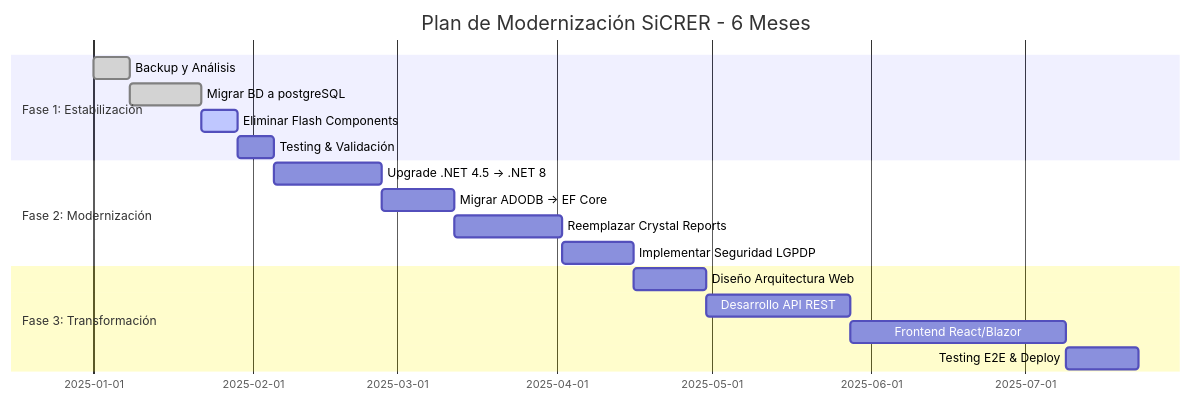
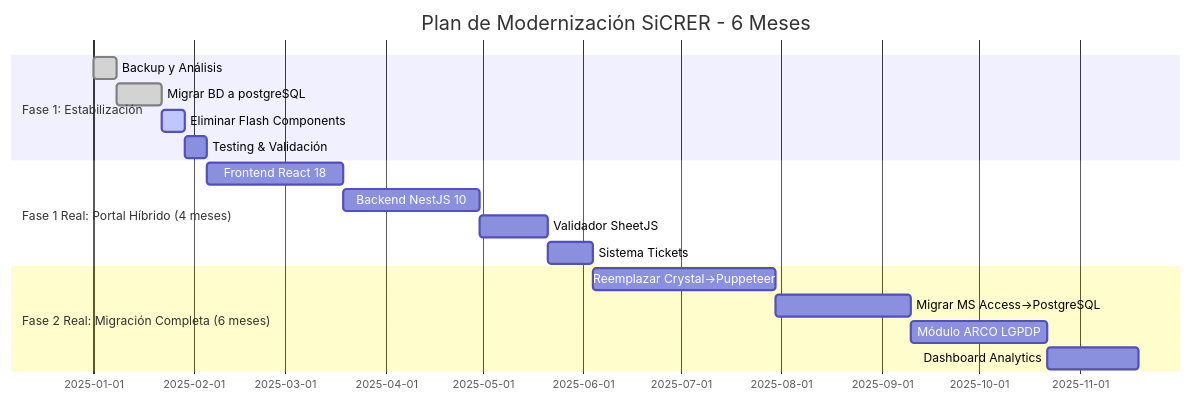
The tenth of 19 diagrams in DASHBOARD_VISUAL.md (dleonsystem/sep_evaluacion_diagnostica), drawn with Mermaid before and after one commit. The commit also changed other lines of this file and 6 other files, not shown here.

````diff
--- a/DASHBOARD_VISUAL.md
+++ b/DASHBOARD_VISUAL.md
@@ -269,22 +269,22 @@
 ```mermaid
 gantt
     title Plan de Modernización SiCRER - 6 Meses
     dateFormat YYYY-MM-DD
     section Fase 1: Estabilización
     Backup y Análisis           :done, f1a, 2025-01-01, 1w
     Migrar BD a postgreSQL      :done, f1b, after f1a, 2w
     Eliminar Flash Components   :active, f1c, after f1b, 1w
     Testing & Validación        :f1d, after f1c, 1w
     
-    section Fase 2: Modernización
-    Upgrade .NET 4.5 → .NET 8   :f2a, after f1d, 3w
-    Migrar ADODB → EF Core      :f2b, after f2a, 2w
-    Reemplazar Crystal Reports  :f2c, after f2b, 3w
-    Implementar Seguridad LGPDP :f2d, after f2c, 2w
+    section Fase 1 Real: Portal Híbrido (4 meses)
+    Frontend React 18           :f2a, after f1d, 6w
+    Backend NestJS 10           :f2b, after f2a, 6w
+    Validador SheetJS           :f2c, after f2b, 3w
+    Sistema Tickets             :f2d, after f2c, 2w
     
-    section Fase 3: Transformación
-    Diseño Arquitectura Web     :f3a, after f2d, 2w
-    Desarrollo API REST         :f3b, after f3a, 4w
-    Frontend React/Blazor       :f3c, after f3b, 6w
-    Testing E2E & Deploy        :f3d, after f3c, 2w
+    section Fase 2 Real: Migración Completa (6 meses)
+    Reemplazar Crystal→Puppeteer:f3a, after f2d, 8w
+    Migrar MS Access→PostgreSQL :f3b, after f3a, 6w
+    Módulo ARCO LGPDP           :f3c, after f3b, 6w
+    Dashboard Analytics         :f3d, after f3c, 4w
 ```
````
